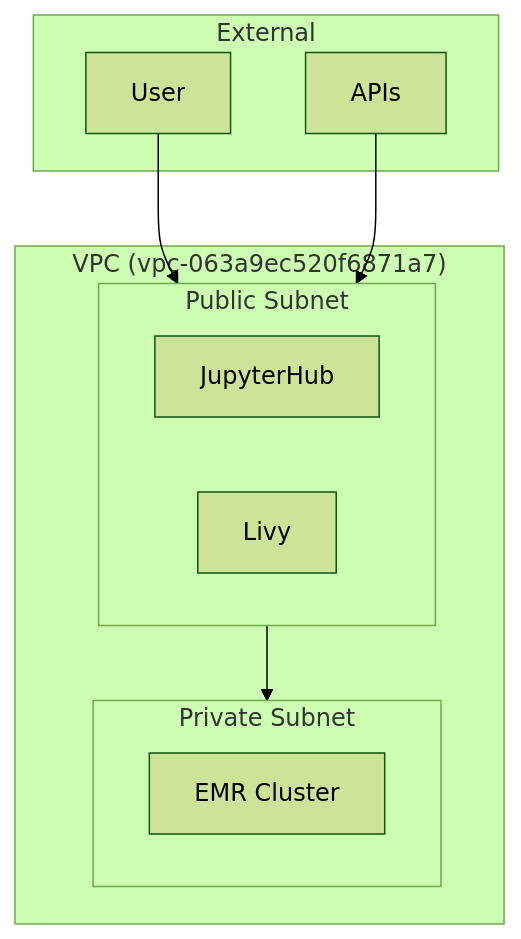
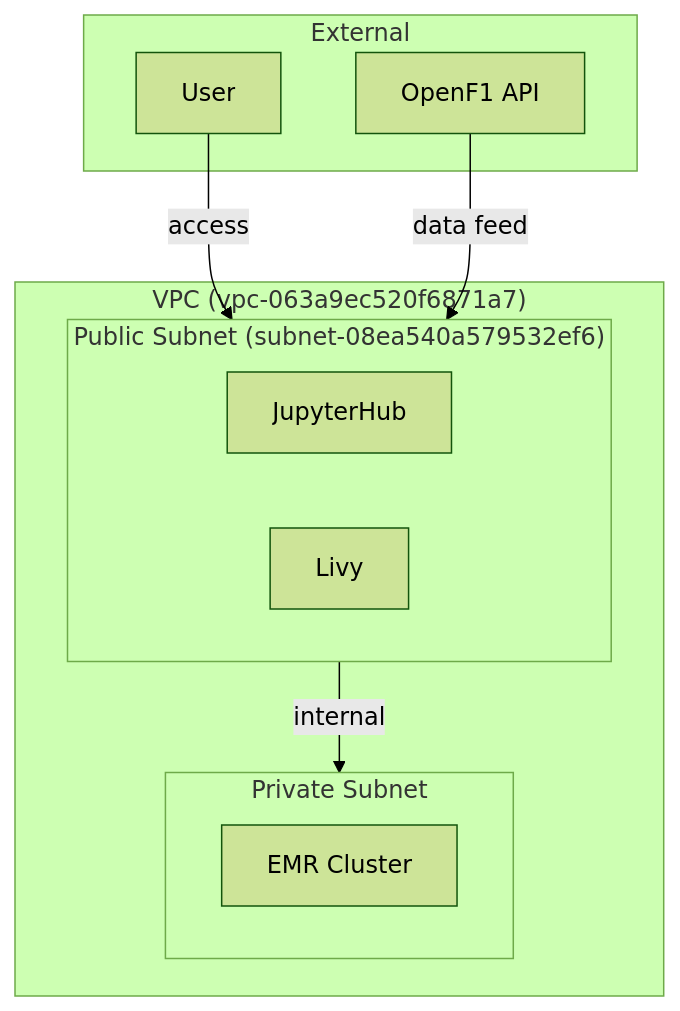
Before and after one commit to matwi5/ece-bigdata-2024-fall-gr02-Mathis-Clement: the fourth of 6 diagrams in docs/architecture.md, drawn with Mermaid (forest theme). The commit also changed other lines of this file and 10 other files, not shown here.

````diff
--- a/docs/architecture.md
+++ b/docs/architecture.md
@@ -140,22 +199,22 @@
 ```mermaid
 graph TD
     subgraph External
         User[User]
-        API2[APIs]
+        API2[OpenF1 API]
     end
 
     subgraph VPC["VPC (vpc-063a9ec520f6871a7)"]
-        subgraph Public["Public Subnet"]
+        subgraph Public["Public Subnet (subnet-08ea540a579532ef6)"]
             JH2[JupyterHub]
             LV[Livy]
         end
 
         subgraph Private["Private Subnet"]
             EMR[EMR Cluster]
         end
     end
 
-    User --> Public
-    API2 --> Public
-    Public --> Private
+    User --> |access| Public
+    API2 --> |data feed| Public
+    Public --> |internal| Private
 ```
````
